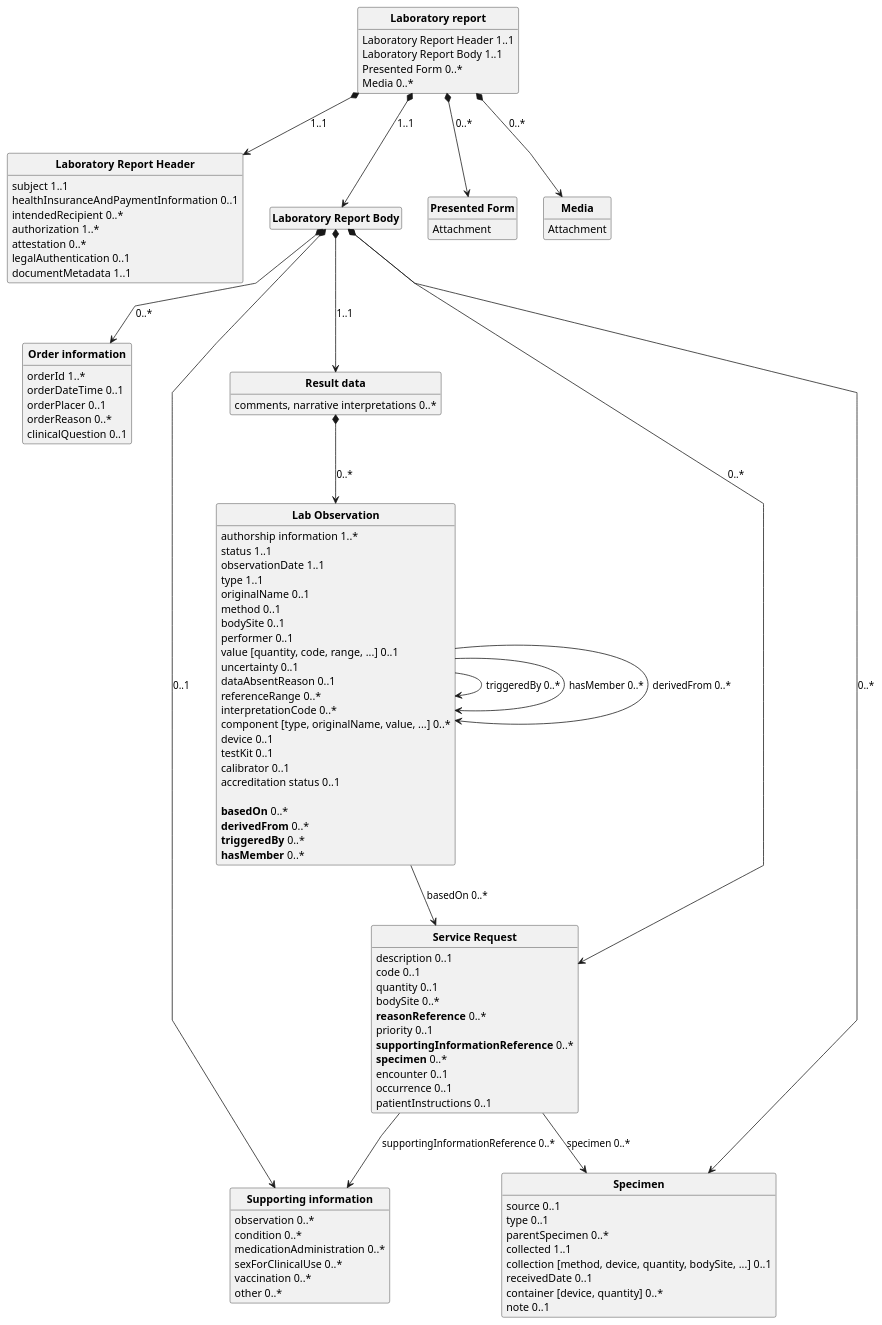
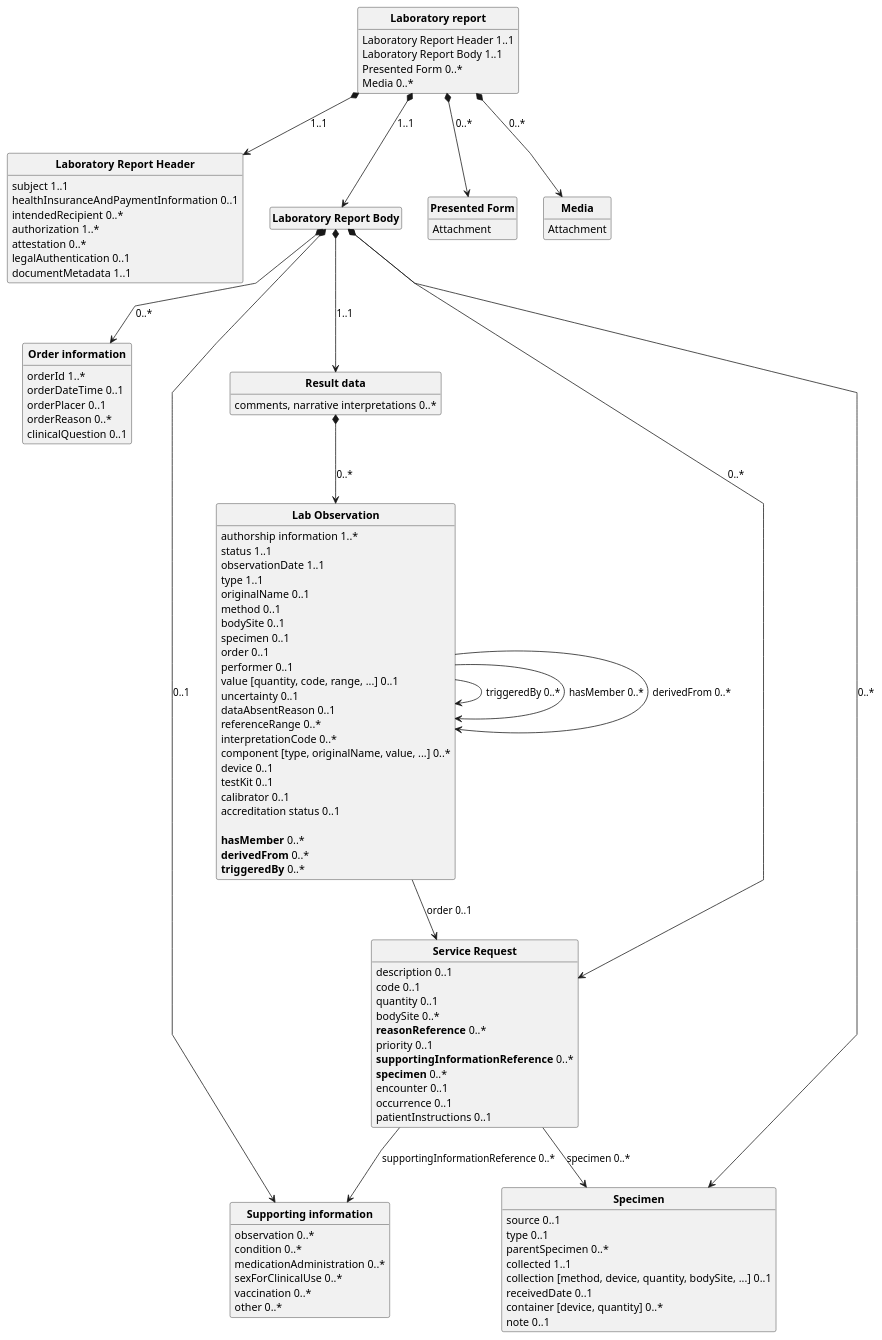
One commit to Xt-EHR/xt-ehr-common changed the diagram in input/images-source/laboratory_report.plantuml. Above: the diagram before and after it, drawn with PlantUML.

Commit message:
Update laboratory_report.plantuml
Reflect fixes in diagram

```diff
--- a/input/images-source/laboratory_report.plantuml
+++ b/input/images-source/laboratory_report.plantuml
@@ -1,131 +1,132 @@
 @startuml
 skinparam linetype polyline
 hide circle
 hide stereotype
 hide empty members
 
 class "**Laboratory report**" as labReport{
   Laboratory Report Header 1..1
   Laboratory Report Body 1..1
   Presented Form 0..*
   Media 0..*
 }
 
 labReport *--> header: "1..1"
 labReport *--> body: "1..1"
 labReport *--> presentedForm: "0..*"
 labReport *--> media: "0..*"
 
 class "**Laboratory Report Header**" as header{
   subject 1..1
   healthInsuranceAndPaymentInformation 0..1
   intendedRecipient 0..*
   authorization 1..*
   attestation 0..*
   legalAuthentication 0..1
   documentMetadata 1..1
 }
 
 class "**Laboratory Report Body**" as body{
 }
 
 body *--> orderInformation: "0..*"
 body *--> supportingInformation: "0..1"
 body *--> specimen: "0..*"
 body *--> serviceRequest: "0..*"
 body *--> resultData: "1..1"
 
 class "**Order information**" as orderInformation {
   orderId 1..*
   orderDateTime 0..1
   orderPlacer 0..1
   orderReason 0..*
   clinicalQuestion 0..1
 }
 
 class "**Supporting information**" as supportingInformation {
   observation 0..*
   condition 0..*
   medicationAdministration 0..*
   sexForClinicalUse 0..*
   vaccination 0..*
   other 0..*
 }
 
 
 class "**Specimen**" as specimen {
   source 0..1
   type 0..1
   parentSpecimen 0..*
   collected 1..1
   collection [method, device, quantity, bodySite, ...] 0..1
   receivedDate 0..1
   container [device, quantity] 0..*
   note 0..1
 }
 
 class "**Service Request**" as serviceRequest {
   description 0..1
   code 0..1
   quantity 0..1
   bodySite 0..*
   **reasonReference** 0..*
   priority 0..1
   **supportingInformationReference** 0..*
   **specimen** 0..*
   encounter 0..1
   occurrence 0..1
   patientInstructions 0..1
 }
 
 serviceRequest --> specimen: "specimen 0..*"
 serviceRequest --> supportingInformation: "supportingInformationReference 0..*"
 
 class "**Result data**" as resultData {
   comments, narrative interpretations 0..*
   }
 
 resultData *--> results: 0..*
 
 class "**Lab Observation**" as results {
   authorship information 1..*
   status 1..1
   observationDate 1..1
   type 1..1
   originalName 0..1
   method 0..1
   bodySite 0..1
+  specimen 0..1
+  order 0..1
   performer 0..1
   value [quantity, code, range, ...] 0..1
   uncertainty 0..1
   dataAbsentReason 0..1
   referenceRange 0..*
   interpretationCode 0..*
   component [type, originalName, value, ...] 0..*
   device 0..1
   testKit 0..1
   calibrator 0..1
   accreditation status 0..1
 
-  **basedOn** 0..*
+  **hasMember** 0..*
   **derivedFrom** 0..*
   **triggeredBy** 0..*
-  **hasMember** 0..*
 }
 
 results --> results: "triggeredBy 0..*"
 results --> results: "hasMember 0..*"
 results --> results: "derivedFrom 0..*"
-results --> serviceRequest: "basedOn 0..*"
+results --> serviceRequest: "order 0..1"
 
 
 class "**Presented Form**" as presentedForm {
   Attachment
 }
 
 class "**Media**" as media {
   Attachment
 }
 
 
 @enduml
```
